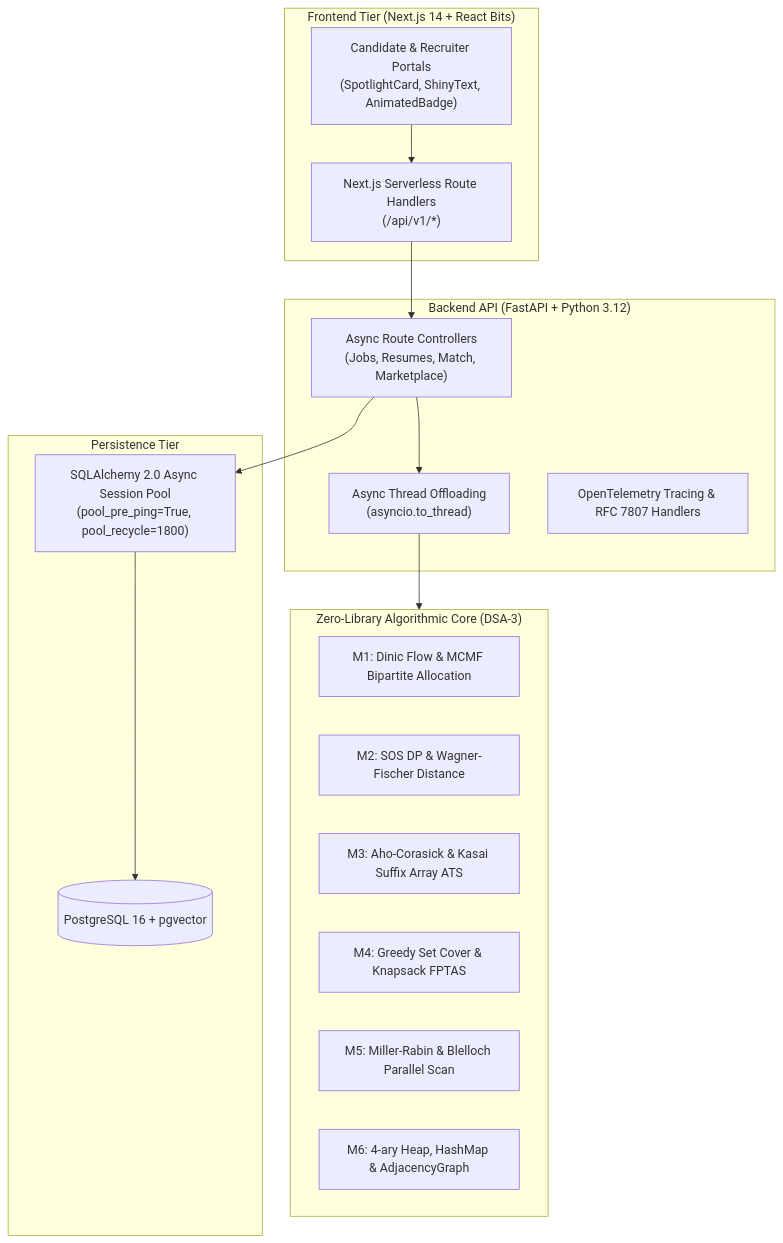
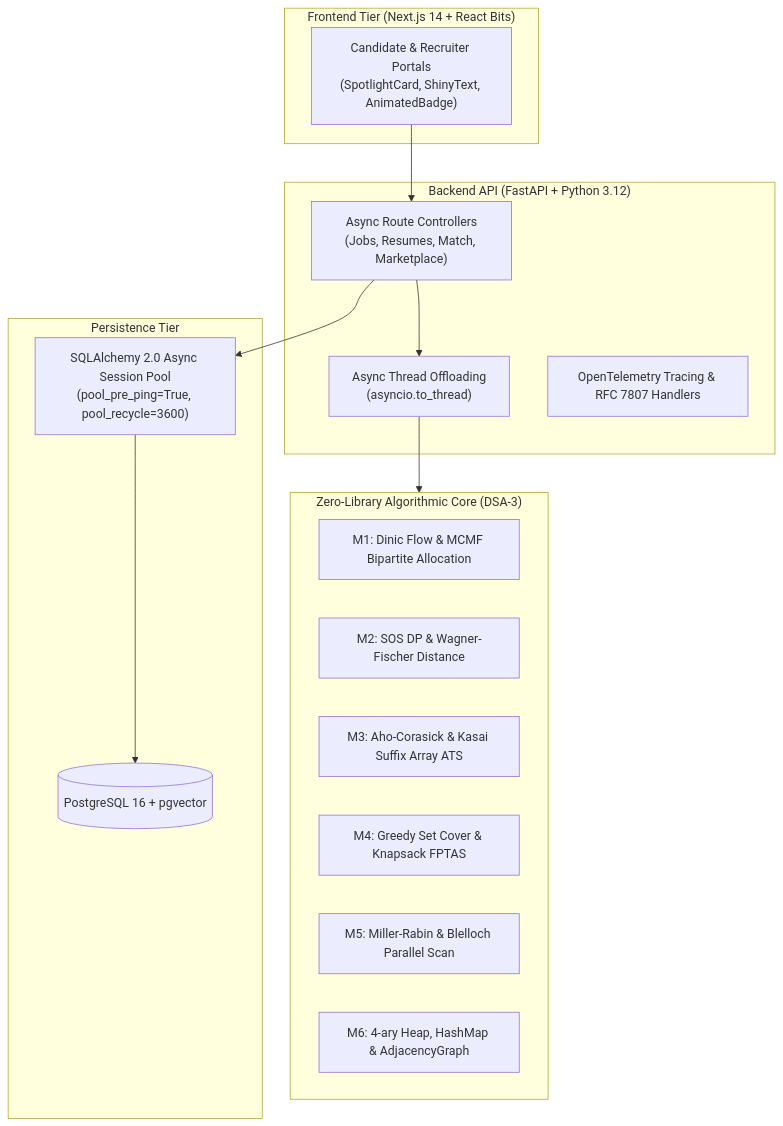
One commit to tejaswin-amara/Resume_Job_Matching_Talent_Marketplace_Engine changed the diagram in README.md. Above: the diagram before and after it, drawn with Mermaid. The commit also changed other lines of this file and 28 other files, not shown here.

````diff
--- a/README.md
+++ b/README.md
@@ -17,34 +17,32 @@
 ```mermaid
 flowchart TD
     subgraph Frontend["Frontend Tier (Next.js 14 + React Bits)"]
         UI["Candidate & Recruiter Portals<br/>(SpotlightCard, ShinyText, AnimatedBadge)"]
-        API_PROXY["Next.js Serverless Route Handlers<br/>(/api/v1/*)"]
     end
 
     subgraph API["Backend API (FastAPI + Python 3.12)"]
         ROUTERS["Async Route Controllers<br/>(Jobs, Resumes, Match, Marketplace)"]
         TO_THREAD["Async Thread Offloading<br/>(asyncio.to_thread)"]
         TELEMETRY["OpenTelemetry Tracing & RFC 7807 Handlers"]
     end
 
     subgraph Domain["Zero-Library Algorithmic Core (DSA-3)"]
         M1["M1: Dinic Flow & MCMF Bipartite Allocation"]
         M2["M2: SOS DP & Wagner-Fischer Distance"]
         M3["M3: Aho-Corasick & Kasai Suffix Array ATS"]
         M4["M4: Greedy Set Cover & Knapsack FPTAS"]
         M5["M5: Miller-Rabin & Blelloch Parallel Scan"]
         M6["M6: 4-ary Heap, HashMap & AdjacencyGraph"]
     end
 
     subgraph Storage["Persistence Tier"]
         DB[(PostgreSQL 16 + pgvector)]
-        SESSIONS["SQLAlchemy 2.0 Async Session Pool<br/>(pool_pre_ping=True, pool_recycle=1800)"]
+        SESSIONS["SQLAlchemy 2.0 Async Session Pool<br/>(pool_pre_ping=True, pool_recycle=3600)"]
     end
 
-    UI --> API_PROXY
-    API_PROXY --> ROUTERS
+    UI --> ROUTERS
     ROUTERS --> TO_THREAD
     TO_THREAD --> Domain
     ROUTERS --> SESSIONS
     SESSIONS --> DB
 ```
````
